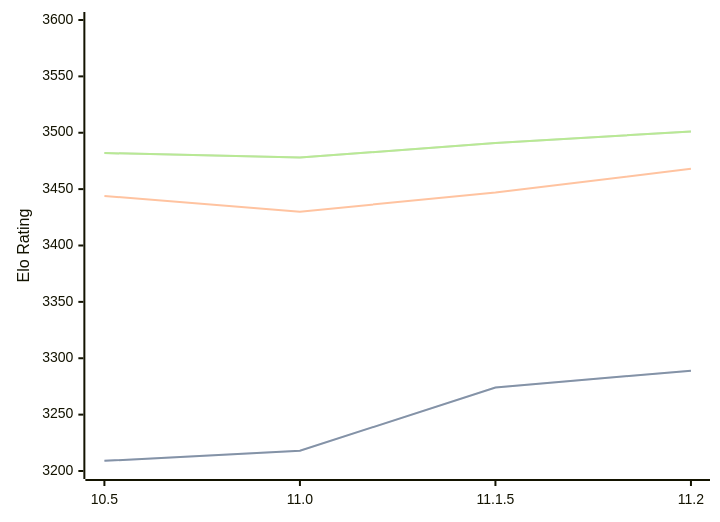
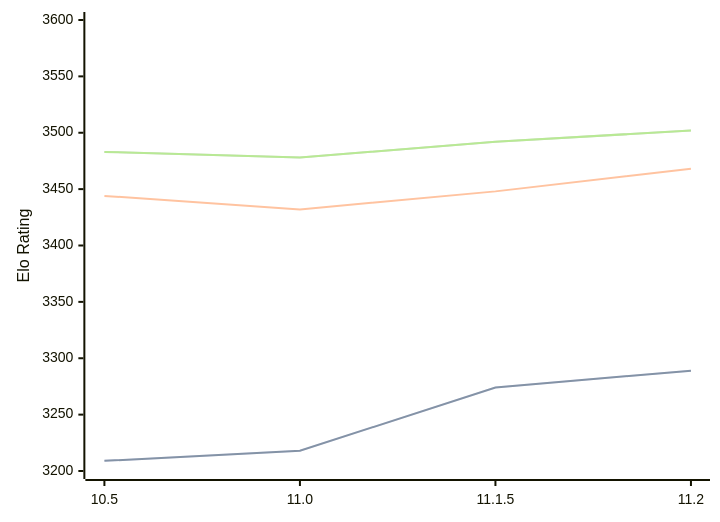
Before and after one commit to computer-chess-index/cci: the third of 3 diagrams in engines/Lizard.md, drawn with Mermaid. The commit also changed other lines of this file, not shown here.

Commit message:
Update CCI Ratings (ELO VLTC) - 2026-06-24

````diff
--- a/engines/Lizard.md
+++ b/engines/Lizard.md
@@ -79,11 +79,11 @@
 ```mermaid
 %%{init: {"theme":"base","themeVariables":{"seriesColors:['#a3a3a3','#222221','#faa371']}}}%%
 xychart-beta
   x-axis ["10.5", "11.0", "11.1.5", "11.2"]
   y-axis "Elo Rating" 3200 --> 3600
   line "STC (8.0+0.08s)" [3209, 3218, 3274, 3289]
   line "STC (8.0+0.08s)" [3209, 3218, 3274, 3289]
-  line "LTC (60.0+0.60s)" [3444, 3430, 3447, 3468]
-  line "VLTC (2m24s+1.12s)" [3482, 3478, 3491, 3501]
-  line "VLTC (2m24s+1.12s)" [3482, 3478, 3491, 3501]
+  line "LTC (60.0+0.60s)" [3444, 3432, 3448, 3468]
+  line "VLTC (2m24s+1.12s)" [3483, 3478, 3492, 3502]
+  line "VLTC (2m24s+1.12s)" [3483, 3478, 3492, 3502]
 ```
````
